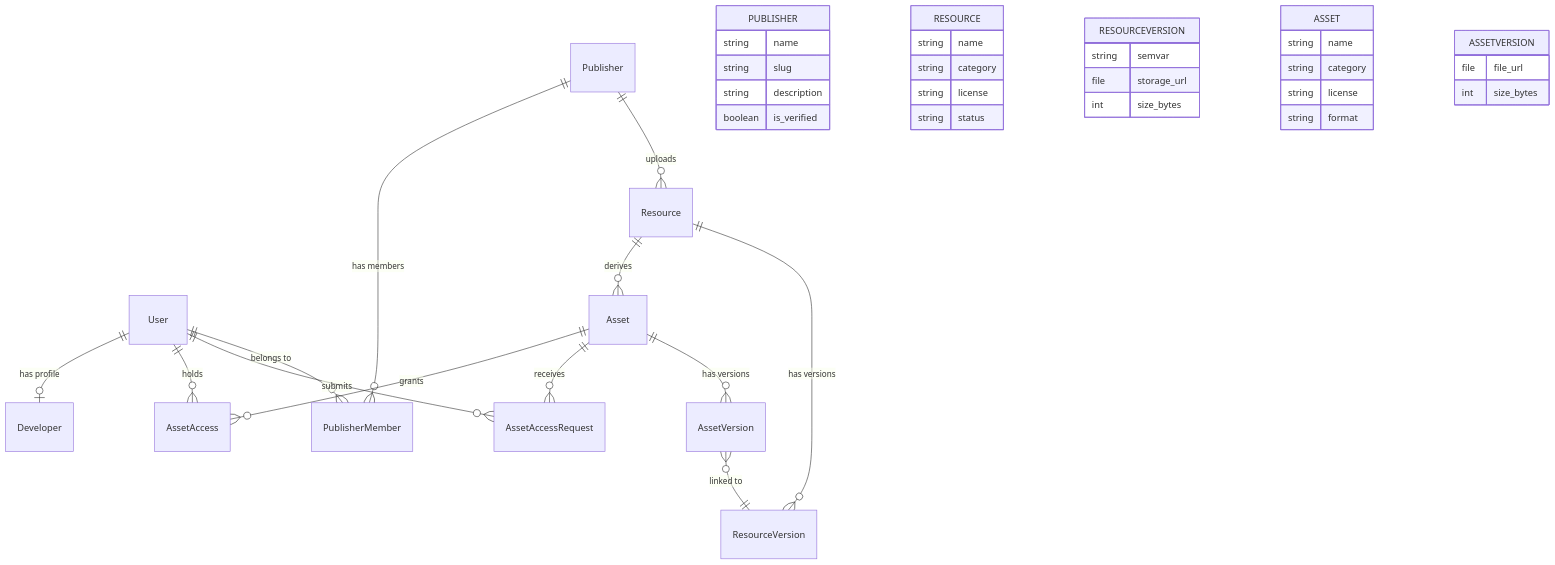
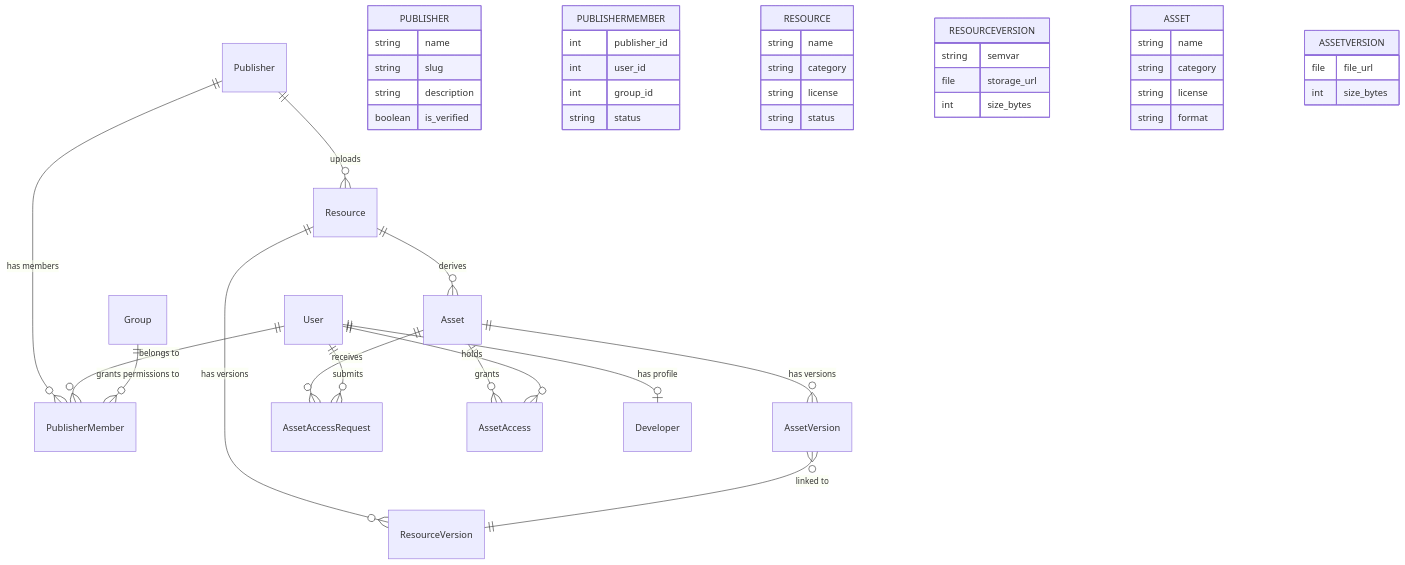
One commit to Itqan-community/cms-backend changed the second of 8 diagrams in docs/ARCHITECTURE.md. Above: the diagram before and after it, drawn with Mermaid. The commit also changed other lines of this file and 49 other files, not shown here.

````diff
--- a/docs/ARCHITECTURE.md
+++ b/docs/ARCHITECTURE.md
@@ -56,51 +56,59 @@
 ```mermaid
 erDiagram
     Publisher ||--o{ Resource : "uploads"
     Publisher ||--o{ PublisherMember : "has members"
     User ||--o{ PublisherMember : "belongs to"
+    Group ||--o{ PublisherMember : "grants permissions to"
 
     Resource ||--o{ ResourceVersion : "has versions"
     Resource ||--o{ Asset : "derives"
 
     Asset ||--o{ AssetVersion : "has versions"
     AssetVersion }o--|| ResourceVersion : "linked to"
 
     Asset ||--o{ AssetAccessRequest : "receives"
     Asset ||--o{ AssetAccess : "grants"
 
     User ||--o{ AssetAccessRequest : "submits"
     User ||--o{ AssetAccess : "holds"
     User ||--o| Developer : "has profile"
 
     PUBLISHER {
         string name
         string slug
         string description
         boolean is_verified
+    }
+
+    PUBLISHERMEMBER {
+        int publisher_id
+        int user_id
+        int group_id
+        string status
     }
 
     RESOURCE {
         string name
         string category
         string license
         string status
     }
 
     RESOURCEVERSION {
         string semvar
         file storage_url
         int size_bytes
     }
 
     ASSET {
         string name
         string category
         string license
         string format
     }
 
     ASSETVERSION {
         file file_url
         int size_bytes
     }
 ```
````
